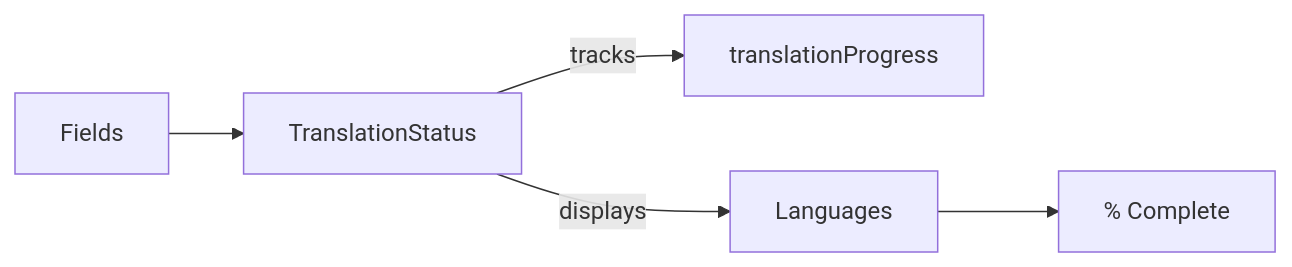
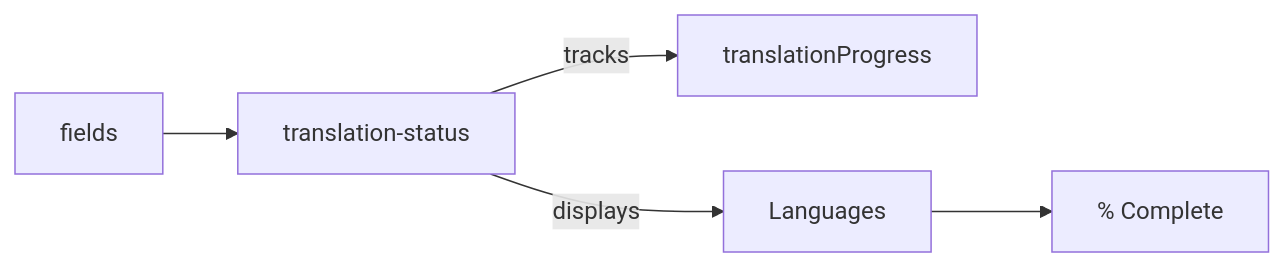
The third of 6 diagrams in docs/architecture/components/Fields.mdx (SveltyCMS/SveltyCMS), drawn with Mermaid before and after one commit. The commit also changed other lines of this file and 353 other files, not shown here.

````diff
--- a/docs/architecture/components/Fields.mdx
+++ b/docs/architecture/components/Fields.mdx
@@ -165,7 +165,7 @@
 ```mermaid
 flowchart LR
-    F[Fields] --> TS[TranslationStatus]
+    F[fields] --> TS[translation-status]
     TS --> |tracks| TP[translationProgress]
     TS --> |displays| Languages
     Languages --> Progress[% Complete]
 ```
````
